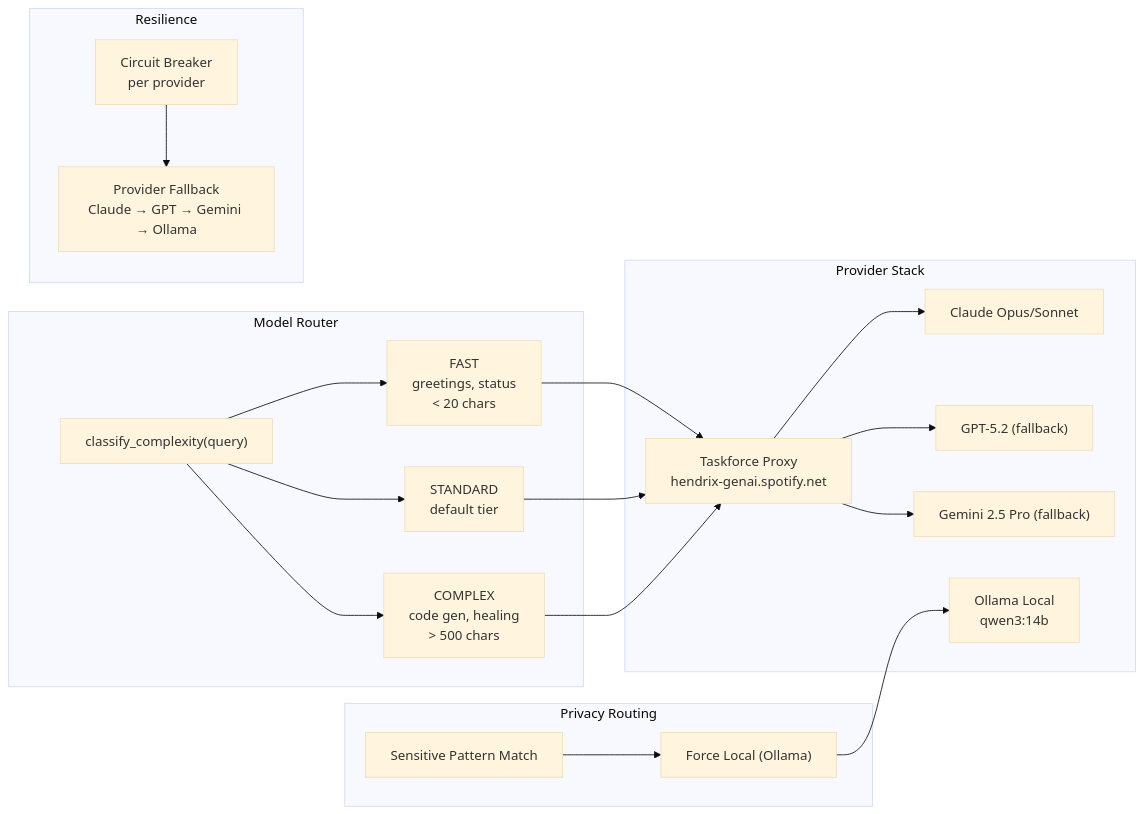
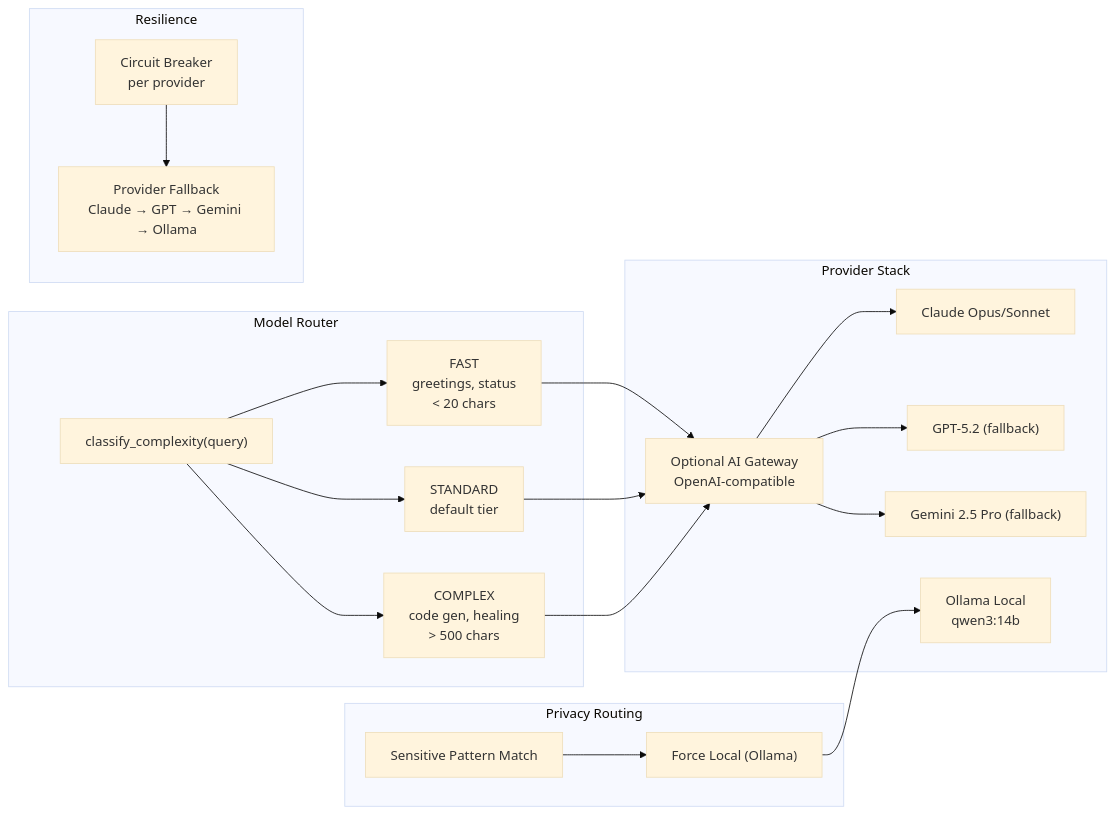
One commit to ahmedkhaledmohamed/khalil changed the sixth of 10 diagrams in ARCHITECTURE.md. Above: the diagram before and after it, drawn with Mermaid (base theme). The commit also changed 43 other files, not shown here.

````diff
--- a/ARCHITECTURE.md
+++ b/ARCHITECTURE.md
@@ -262,34 +262,34 @@
 ```mermaid
 graph LR
     subgraph Router["Model Router"]
         Classify["classify_complexity(query)"]
         Fast["FAST<br/>greetings, status<br/>< 20 chars"]
         Std["STANDARD<br/>default tier"]
         Complex["COMPLEX<br/>code gen, healing<br/>> 500 chars"]
     end
 
     subgraph Providers["Provider Stack"]
-        TF["Taskforce Proxy<br/>hendrix-genai.spotify.net"]
+        TF["Optional AI Gateway<br/>OpenAI-compatible"]
         Claude["Claude Opus/Sonnet"]
         GPT["GPT-5.2 (fallback)"]
         Gemini["Gemini 2.5 Pro (fallback)"]
         Ollama["Ollama Local<br/>qwen3:14b"]
     end
 
     subgraph Privacy["Privacy Routing"]
         Sens["Sensitive Pattern Match"]
         Local["Force Local (Ollama)"]
     end
 
     subgraph CircuitBreaker["Resilience"]
         CB["Circuit Breaker<br/>per provider"]
         Fallback["Provider Fallback<br/>Claude → GPT → Gemini → Ollama"]
     end
 
     Classify --> Fast & Std & Complex
     Fast & Std --> TF
     Complex --> TF
     TF --> Claude & GPT & Gemini
     Sens --> Local --> Ollama
     CB --> Fallback
 ```
````
